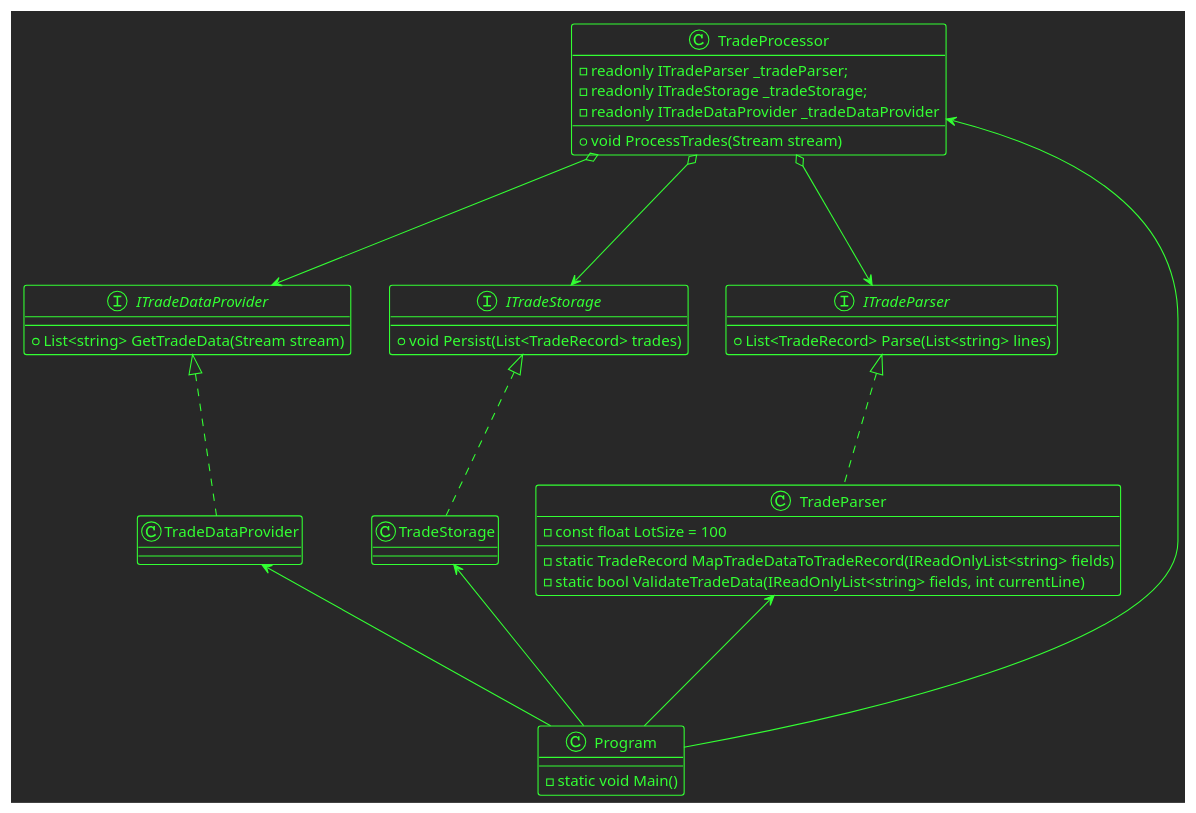
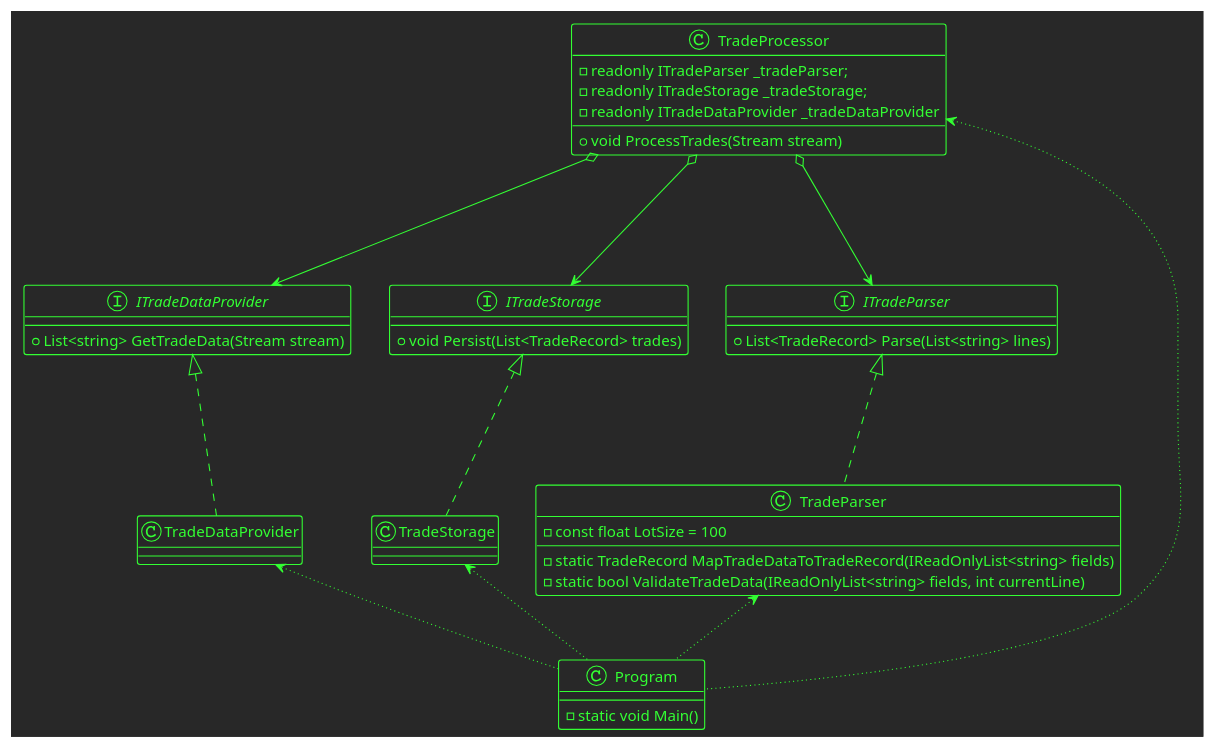
Before and after one commit to Shane-Wilson-class/solid-project-1: the diagram in solid-project-1/solid-project-1.puml, drawn with PlantUML.

Commit message:
made some changes

```diff
--- a/solid-project-1/solid-project-1.puml
+++ b/solid-project-1/solid-project-1.puml
@@ -1,45 +1,45 @@
 @startuml
 !theme crt-green
 interface ITradeDataProvider{
 + List<string> GetTradeData(Stream stream)
 }
 interface ITradeParser
 {
  + List<TradeRecord> Parse(List<string> lines)
 }
 interface ITradeStorage
 {
   + void Persist(List<TradeRecord> trades)
 }
 class TradeDataProvider
 class TradeParser {
 - const float LotSize = 100
 - static TradeRecord MapTradeDataToTradeRecord(IReadOnlyList<string> fields)
 - static bool ValidateTradeData(IReadOnlyList<string> fields, int currentLine)
 
 }
 class TradeStorage
 
 class TradeProcessor {
  - readonly ITradeParser _tradeParser;
  - readonly ITradeStorage _tradeStorage;
  - readonly ITradeDataProvider _tradeDataProvider
  +  void ProcessTrades(Stream stream)
 }
 TradeProcessor o--->ITradeParser
 TradeProcessor o--->ITradeDataProvider
 TradeProcessor o--->ITradeStorage
 
 TradeParser ...up|> ITradeParser
 TradeStorage ...up|> ITradeStorage
 TradeDataProvider ...up|> ITradeDataProvider
 
 class Program {
 - static void Main()
 }
 
-Program ---up>TradeParser
-Program ---up>TradeStorage
-Program ---up>TradeDataProvider
-Program ---up>TradeProcessor
+Program -up[dotted]->TradeParser
+Program -up[dotted]->TradeStorage
+Program -up[dotted]->TradeDataProvider
+Program -up[dotted]->TradeProcessor
 @enduml
```
